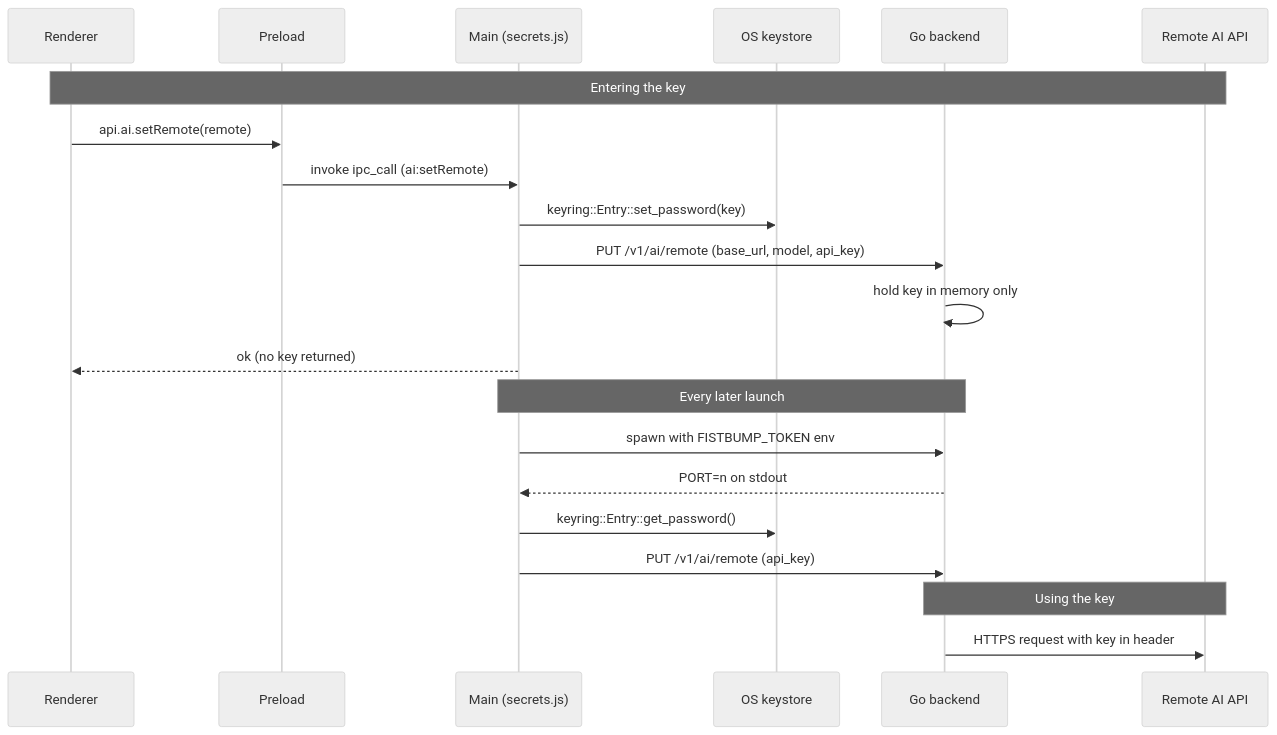
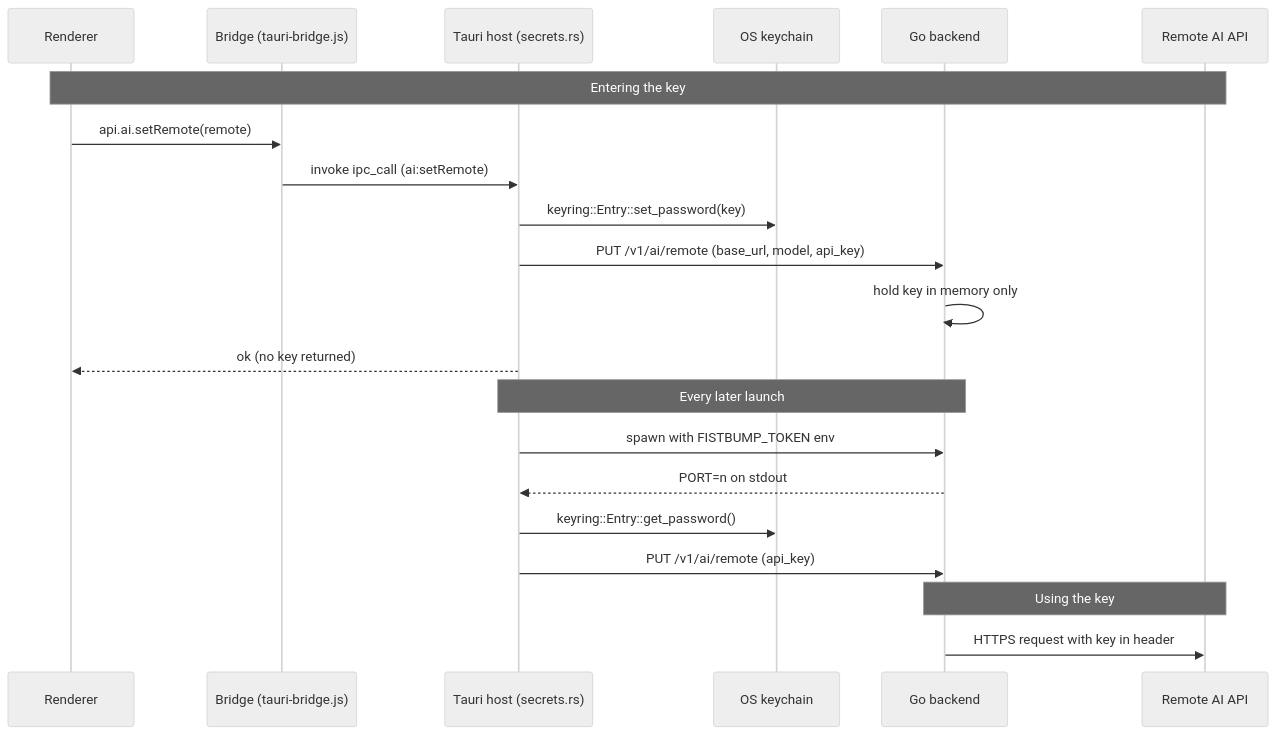
One commit to tlmcguire/fistbump changed the eighth of 8 diagrams in docs/architecture.md. Above: the diagram before and after it, drawn with Mermaid (neutral theme). The commit also changed other lines of this file and 3 other files, not shown here.

Commit message:
Update README, architecture, contributing, and mascot docs for Tauri v2

````diff
--- a/docs/architecture.md
+++ b/docs/architecture.md
@@ -420,26 +427,26 @@
 ```mermaid
 sequenceDiagram
     participant R as Renderer
-    participant P as Preload
-    participant M as Main (secrets.js)
-    participant D as OS keystore
+    participant P as Bridge (tauri-bridge.js)
+    participant M as Tauri host (secrets.rs)
+    participant D as OS keychain
     participant G as Go backend
     participant A as Remote AI API
 
     Note over R,A: Entering the key
     R->>P: api.ai.setRemote(remote)
     P->>M: invoke ipc_call (ai:setRemote)
     M->>D: keyring::Entry::set_password(key)
     M->>G: PUT /v1/ai/remote (base_url, model, api_key)
     G->>G: hold key in memory only
     M-->>R: ok (no key returned)
 
     Note over M,G: Every later launch
     M->>G: spawn with FISTBUMP_TOKEN env
     G-->>M: PORT=n on stdout
     M->>D: keyring::Entry::get_password()
     M->>G: PUT /v1/ai/remote (api_key)
 
     Note over G,A: Using the key
     G->>A: HTTPS request with key in header
 ```
````
